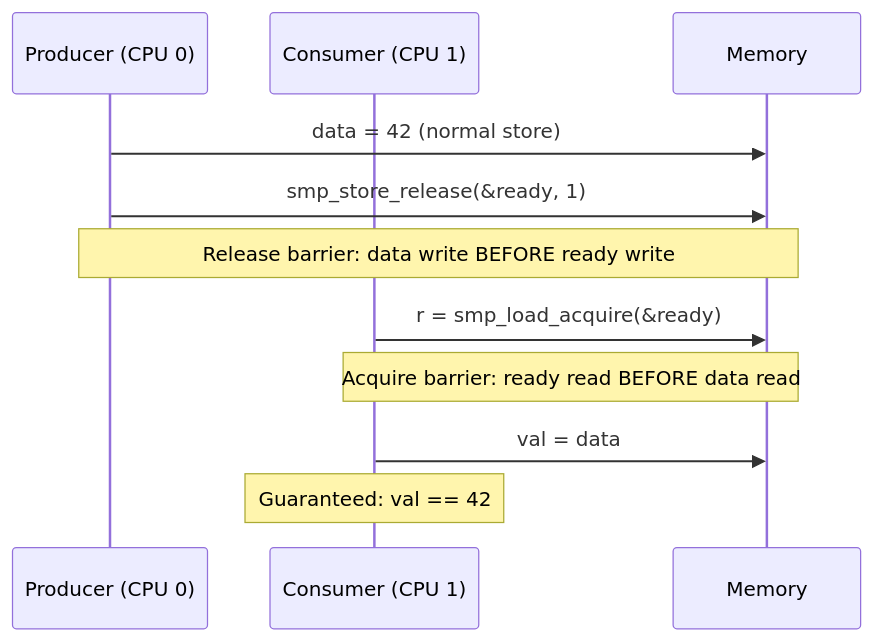
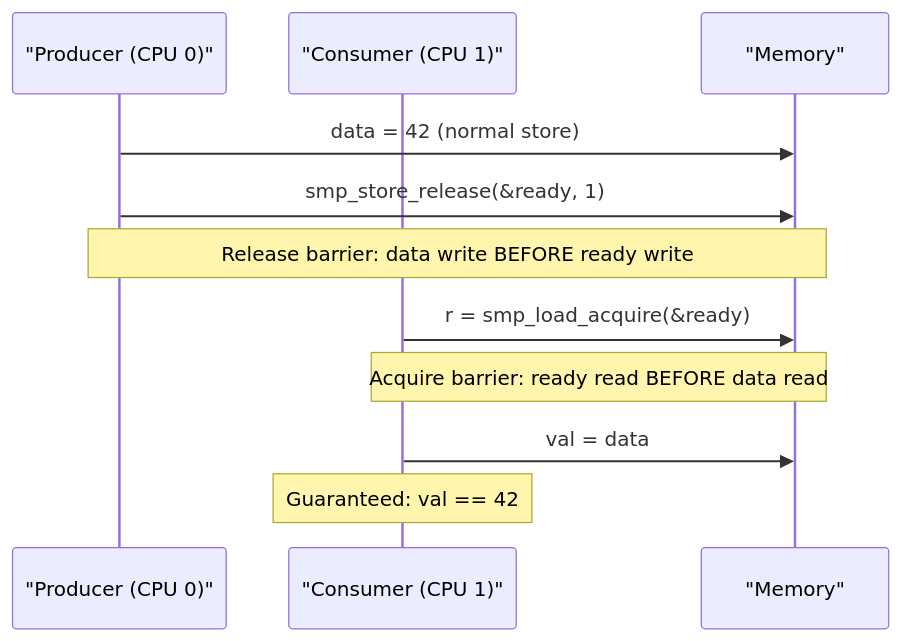
Before and after one commit to nilprajapati97/03_Kernel_Explore: the diagram in 02_Understand_Linux_Kernel/09_Kernel_Synchronization_Methods/09_Memory_Ordering.md, drawn with Mermaid. The commit also changed other lines of this file and 24 other files, not shown here.

````diff
--- a/02_Understand_Linux_Kernel/09_Kernel_Synchronization_Methods/09_Memory_Ordering.md
+++ b/02_Understand_Linux_Kernel/09_Kernel_Synchronization_Methods/09_Memory_Ordering.md
@@ -95,15 +95,14 @@
 ```mermaid
 sequenceDiagram
-    participant P as Producer (CPU 0)
-    participant C as Consumer (CPU 1)
-    participant Mem as Memory
+    participant P as "Producer (CPU 0)"
+    participant C as "Consumer (CPU 1)"
+    participant Mem as "Memory"
 
     P->>Mem: data = 42 (normal store)
     P->>Mem: smp_store_release(&ready, 1)
     Note over P,Mem: Release barrier: data write BEFORE ready write
-
     C->>Mem: r = smp_load_acquire(&ready)
     Note over C,Mem: Acquire barrier: ready read BEFORE data read
     C->>Mem: val = data
     Note over C: Guaranteed: val == 42
 ```
````
